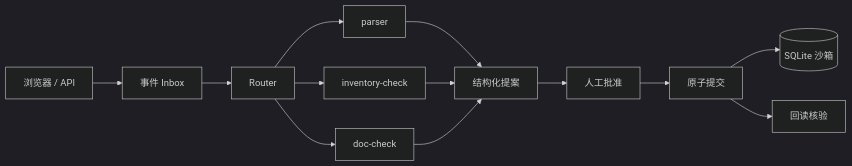
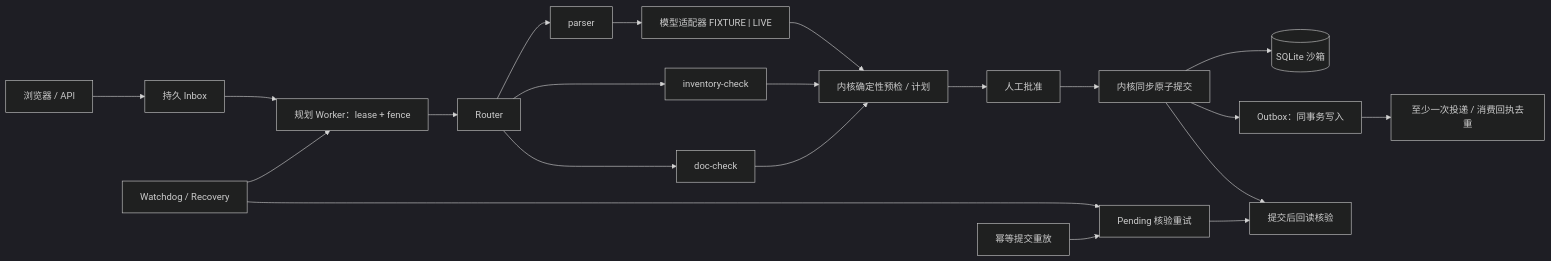
The diagram in README.md (baciozz/orderops-agent), drawn with Mermaid (dark theme) before and after one commit. The commit also changed other lines of this file and 6 other files, not shown here.

````diff
--- a/README.md
+++ b/README.md
@@ -11,15 +84,23 @@
 ```mermaid
 flowchart LR
-  UI["浏览器 / API"] --> Inbox["事件 Inbox"]
-  Inbox --> Router
+  UI["浏览器 / API"] --> Inbox["持久 Inbox"]
+  Inbox --> Worker["规划 Worker：lease + fence"]
+  Worker --> Router
   Router --> Parser["parser"]
+  Parser --> Model["模型适配器 FIXTURE | LIVE"]
+  Model --> Plan["内核确定性预检 / 计划"]
   Router --> Inv["inventory-check"]
   Router --> Doc["doc-check"]
-  Parser --> Plan["结构化提案"]
   Inv --> Plan
   Doc --> Plan
   Plan --> Human["人工批准"]
-  Human --> Commit["原子提交"]
+  Human --> Commit["内核同步原子提交"]
   Commit --> DB[("SQLite 沙箱")]
-  Commit --> Verify["回读核验"]
+  Commit --> Outbox["Outbox：同事务写入"]
+  Outbox --> Receipt["至少一次投递 / 消费回执去重"]
+  Commit --> Verify["提交后回读核验"]
+  Recovery["Watchdog / Recovery"] --> Worker
+  Recovery --> Retry["Pending 核验重试"]
+  Replay["幂等提交重放"] --> Retry
+  Retry --> Verify
 ```
````
